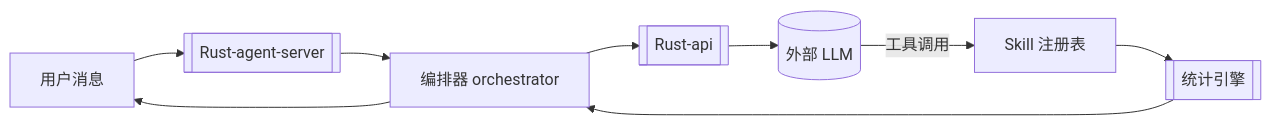
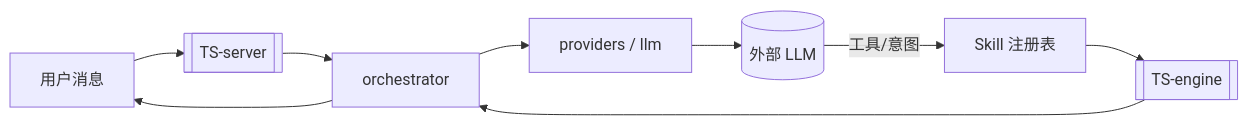
Before and after one commit to Brayszieqw/stats-code: the diagram in knowledge-base/LLM集成.md, drawn with Mermaid. The commit also changed other lines of this file and 28 other files, not shown here.

````diff
--- a/knowledge-base/LLM集成.md
+++ b/knowledge-base/LLM集成.md
@@ -13,10 +13,10 @@
 ```mermaid
 graph LR
-    U[用户消息] --> S[[Rust-agent-server]]
-    S --> O[编排器 orchestrator]
-    O --> A[[Rust-api]]
-    A --> LLM[(外部 LLM)]
-    LLM -->|工具调用| SK[Skill 注册表]
-    SK --> E[[统计引擎]]
+    U[用户消息] --> S[[TS-server]]
+    S --> O[orchestrator]
+    O --> P[providers / llm]
+    P --> LLM[(外部 LLM)]
+    LLM -->|工具/意图| SK[Skill 注册表]
+    SK --> E[[TS-engine]]
     E --> O --> U
 ```
````
